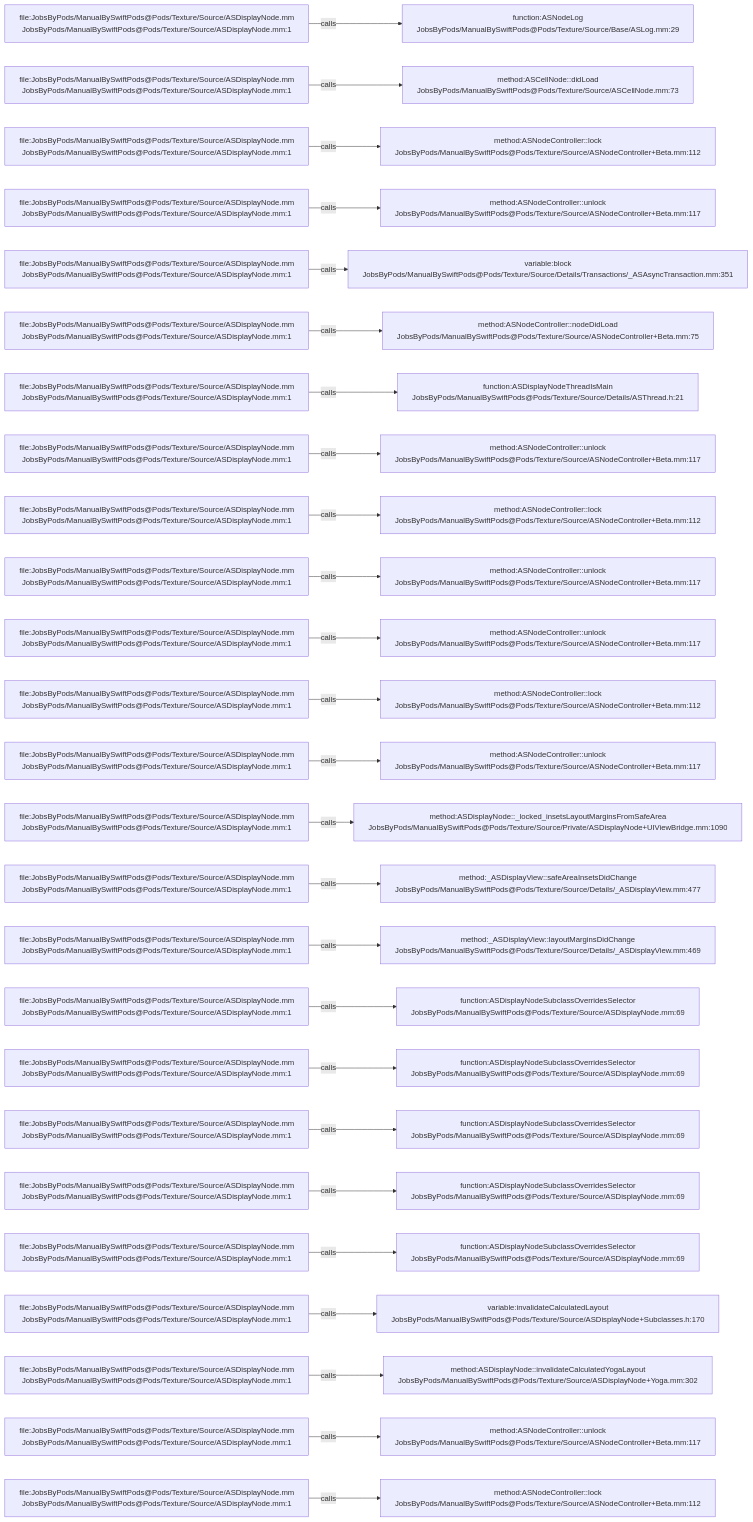
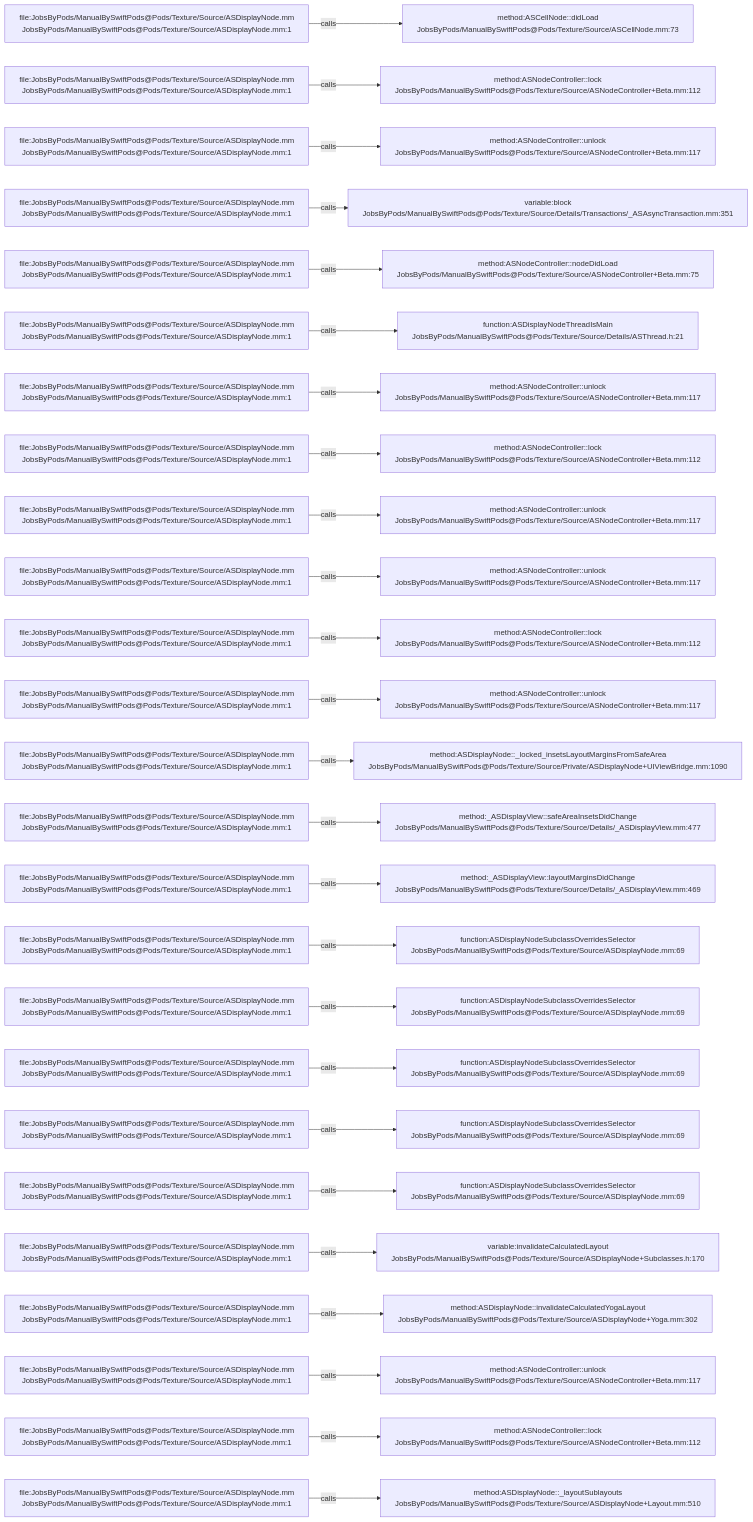
Before and after one commit to JobsKits/JobsSwiftBaseConfigDemo: the diagram in .codegraph/codegraph.md/graphs/calls-028.md, drawn with Mermaid. The commit also changed 747 other files, not shown here.

````diff
--- a/.codegraph/codegraph.md/graphs/calls-028.md
+++ b/.codegraph/codegraph.md/graphs/calls-028.md
@@ -13,78 +13,78 @@
 ```mermaid
 flowchart LR
   S1["file:JobsByPods/ManualBySwiftPods@Pods/Texture/Source/ASDisplayNode.mm<br/>JobsByPods/ManualBySwiftPods@Pods/Texture/Source/ASDisplayNode.mm:1"]
-  T1["function:ASNodeLog<br/>JobsByPods/ManualBySwiftPods@Pods/Texture/Source/Base/ASLog.mm:29"]
+  T1["method:ASCellNode::didLoad<br/>JobsByPods/ManualBySwiftPods@Pods/Texture/Source/ASCellNode.mm:73"]
   S1 -->|calls| T1
   S2["file:JobsByPods/ManualBySwiftPods@Pods/Texture/Source/ASDisplayNode.mm<br/>JobsByPods/ManualBySwiftPods@Pods/Texture/Source/ASDisplayNode.mm:1"]
-  T2["method:ASCellNode::didLoad<br/>JobsByPods/ManualBySwiftPods@Pods/Texture/Source/ASCellNode.mm:73"]
+  T2["method:ASNodeController::lock<br/>JobsByPods/ManualBySwiftPods@Pods/Texture/Source/ASNodeController+Beta.mm:112"]
   S2 -->|calls| T2
   S3["file:JobsByPods/ManualBySwiftPods@Pods/Texture/Source/ASDisplayNode.mm<br/>JobsByPods/ManualBySwiftPods@Pods/Texture/Source/ASDisplayNode.mm:1"]
-  T3["method:ASNodeController::lock<br/>JobsByPods/ManualBySwiftPods@Pods/Texture/Source/ASNodeController+Beta.mm:112"]
+  T3["method:ASNodeController::unlock<br/>JobsByPods/ManualBySwiftPods@Pods/Texture/Source/ASNodeController+Beta.mm:117"]
   S3 -->|calls| T3
   S4["file:JobsByPods/ManualBySwiftPods@Pods/Texture/Source/ASDisplayNode.mm<br/>JobsByPods/ManualBySwiftPods@Pods/Texture/Source/ASDisplayNode.mm:1"]
-  T4["method:ASNodeController::unlock<br/>JobsByPods/ManualBySwiftPods@Pods/Texture/Source/ASNodeController+Beta.mm:117"]
+  T4["variable:block<br/>JobsByPods/ManualBySwiftPods@Pods/Texture/Source/Details/Transactions/_ASAsyncTransaction.mm:351"]
   S4 -->|calls| T4
   S5["file:JobsByPods/ManualBySwiftPods@Pods/Texture/Source/ASDisplayNode.mm<br/>JobsByPods/ManualBySwiftPods@Pods/Texture/Source/ASDisplayNode.mm:1"]
-  T5["variable:block<br/>JobsByPods/ManualBySwiftPods@Pods/Texture/Source/Details/Transactions/_ASAsyncTransaction.mm:351"]
+  T5["method:ASNodeController::nodeDidLoad<br/>JobsByPods/ManualBySwiftPods@Pods/Texture/Source/ASNodeController+Beta.mm:75"]
   S5 -->|calls| T5
   S6["file:JobsByPods/ManualBySwiftPods@Pods/Texture/Source/ASDisplayNode.mm<br/>JobsByPods/ManualBySwiftPods@Pods/Texture/Source/ASDisplayNode.mm:1"]
-  T6["method:ASNodeController::nodeDidLoad<br/>JobsByPods/ManualBySwiftPods@Pods/Texture/Source/ASNodeController+Beta.mm:75"]
+  T6["function:ASDisplayNodeThreadIsMain<br/>JobsByPods/ManualBySwiftPods@Pods/Texture/Source/Details/ASThread.h:21"]
   S6 -->|calls| T6
   S7["file:JobsByPods/ManualBySwiftPods@Pods/Texture/Source/ASDisplayNode.mm<br/>JobsByPods/ManualBySwiftPods@Pods/Texture/Source/ASDisplayNode.mm:1"]
-  T7["function:ASDisplayNodeThreadIsMain<br/>JobsByPods/ManualBySwiftPods@Pods/Texture/Source/Details/ASThread.h:21"]
+  T7["method:ASNodeController::unlock<br/>JobsByPods/ManualBySwiftPods@Pods/Texture/Source/ASNodeController+Beta.mm:117"]
   S7 -->|calls| T7
   S8["file:JobsByPods/ManualBySwiftPods@Pods/Texture/Source/ASDisplayNode.mm<br/>JobsByPods/ManualBySwiftPods@Pods/Texture/Source/ASDisplayNode.mm:1"]
-  T8["method:ASNodeController::unlock<br/>JobsByPods/ManualBySwiftPods@Pods/Texture/Source/ASNodeController+Beta.mm:117"]
+  T8["method:ASNodeController::lock<br/>JobsByPods/ManualBySwiftPods@Pods/Texture/Source/ASNodeController+Beta.mm:112"]
   S8 -->|calls| T8
   S9["file:JobsByPods/ManualBySwiftPods@Pods/Texture/Source/ASDisplayNode.mm<br/>JobsByPods/ManualBySwiftPods@Pods/Texture/Source/ASDisplayNode.mm:1"]
-  T9["method:ASNodeController::lock<br/>JobsByPods/ManualBySwiftPods@Pods/Texture/Source/ASNodeController+Beta.mm:112"]
+  T9["method:ASNodeController::unlock<br/>JobsByPods/ManualBySwiftPods@Pods/Texture/Source/ASNodeController+Beta.mm:117"]
   S9 -->|calls| T9
   S10["file:JobsByPods/ManualBySwiftPods@Pods/Texture/Source/ASDisplayNode.mm<br/>JobsByPods/ManualBySwiftPods@Pods/Texture/Source/ASDisplayNode.mm:1"]
   T10["method:ASNodeController::unlock<br/>JobsByPods/ManualBySwiftPods@Pods/Texture/Source/ASNodeController+Beta.mm:117"]
   S10 -->|calls| T10
   S11["file:JobsByPods/ManualBySwiftPods@Pods/Texture/Source/ASDisplayNode.mm<br/>JobsByPods/ManualBySwiftPods@Pods/Texture/Source/ASDisplayNode.mm:1"]
-  T11["method:ASNodeController::unlock<br/>JobsByPods/ManualBySwiftPods@Pods/Texture/Source/ASNodeController+Beta.mm:117"]
+  T11["method:ASNodeController::lock<br/>JobsByPods/ManualBySwiftPods@Pods/Texture/Source/ASNodeController+Beta.mm:112"]
   S11 -->|calls| T11
   S12["file:JobsByPods/ManualBySwiftPods@Pods/Texture/Source/ASDisplayNode.mm<br/>JobsByPods/ManualBySwiftPods@Pods/Texture/Source/ASDisplayNode.mm:1"]
-  T12["method:ASNodeController::lock<br/>JobsByPods/ManualBySwiftPods@Pods/Texture/Source/ASNodeController+Beta.mm:112"]
+  T12["method:ASNodeController::unlock<br/>JobsByPods/ManualBySwiftPods@Pods/Texture/Source/ASNodeController+Beta.mm:117"]
   S12 -->|calls| T12
   S13["file:JobsByPods/ManualBySwiftPods@Pods/Texture/Source/ASDisplayNode.mm<br/>JobsByPods/ManualBySwiftPods@Pods/Texture/Source/ASDisplayNode.mm:1"]
-  T13["method:ASNodeController::unlock<br/>JobsByPods/ManualBySwiftPods@Pods/Texture/Source/ASNodeController+Beta.mm:117"]
+  T13["method:ASDisplayNode::_locked_insetsLayoutMarginsFromSafeArea<br/>JobsByPods/ManualBySwiftPods@Pods/Texture/Source/Private/ASDisplayNode+UIViewBridge.mm:1090"]
   S13 -->|calls| T13
   S14["file:JobsByPods/ManualBySwiftPods@Pods/Texture/Source/ASDisplayNode.mm<br/>JobsByPods/ManualBySwiftPods@Pods/Texture/Source/ASDisplayNode.mm:1"]
-  T14["method:ASDisplayNode::_locked_insetsLayoutMarginsFromSafeArea<br/>JobsByPods/ManualBySwiftPods@Pods/Texture/Source/Private/ASDisplayNode+UIViewBridge.mm:1090"]
+  T14["method:_ASDisplayView::safeAreaInsetsDidChange<br/>JobsByPods/ManualBySwiftPods@Pods/Texture/Source/Details/_ASDisplayView.mm:477"]
   S14 -->|calls| T14
   S15["file:JobsByPods/ManualBySwiftPods@Pods/Texture/Source/ASDisplayNode.mm<br/>JobsByPods/ManualBySwiftPods@Pods/Texture/Source/ASDisplayNode.mm:1"]
-  T15["method:_ASDisplayView::safeAreaInsetsDidChange<br/>JobsByPods/ManualBySwiftPods@Pods/Texture/Source/Details/_ASDisplayView.mm:477"]
+  T15["method:_ASDisplayView::layoutMarginsDidChange<br/>JobsByPods/ManualBySwiftPods@Pods/Texture/Source/Details/_ASDisplayView.mm:469"]
   S15 -->|calls| T15
   S16["file:JobsByPods/ManualBySwiftPods@Pods/Texture/Source/ASDisplayNode.mm<br/>JobsByPods/ManualBySwiftPods@Pods/Texture/Source/ASDisplayNode.mm:1"]
-  T16["method:_ASDisplayView::layoutMarginsDidChange<br/>JobsByPods/ManualBySwiftPods@Pods/Texture/Source/Details/_ASDisplayView.mm:469"]
+  T16["function:ASDisplayNodeSubclassOverridesSelector<br/>JobsByPods/ManualBySwiftPods@Pods/Texture/Source/ASDisplayNode.mm:69"]
   S16 -->|calls| T16
   S17["file:JobsByPods/ManualBySwiftPods@Pods/Texture/Source/ASDisplayNode.mm<br/>JobsByPods/ManualBySwiftPods@Pods/Texture/Source/ASDisplayNode.mm:1"]
   T17["function:ASDisplayNodeSubclassOverridesSelector<br/>JobsByPods/ManualBySwiftPods@Pods/Texture/Source/ASDisplayNode.mm:69"]
   S17 -->|calls| T17
   S18["file:JobsByPods/ManualBySwiftPods@Pods/Texture/Source/ASDisplayNode.mm<br/>JobsByPods/ManualBySwiftPods@Pods/Texture/Source/ASDisplayNode.mm:1"]
   T18["function:ASDisplayNodeSubclassOverridesSelector<br/>JobsByPods/ManualBySwiftPods@Pods/Texture/Source/ASDisplayNode.mm:69"]
   S18 -->|calls| T18
   S19["file:JobsByPods/ManualBySwiftPods@Pods/Texture/Source/ASDisplayNode.mm<br/>JobsByPods/ManualBySwiftPods@Pods/Texture/Source/ASDisplayNode.mm:1"]
   T19["function:ASDisplayNodeSubclassOverridesSelector<br/>JobsByPods/ManualBySwiftPods@Pods/Texture/Source/ASDisplayNode.mm:69"]
   S19 -->|calls| T19
   S20["file:JobsByPods/ManualBySwiftPods@Pods/Texture/Source/ASDisplayNode.mm<br/>JobsByPods/ManualBySwiftPods@Pods/Texture/Source/ASDisplayNode.mm:1"]
   T20["function:ASDisplayNodeSubclassOverridesSelector<br/>JobsByPods/ManualBySwiftPods@Pods/Texture/Source/ASDisplayNode.mm:69"]
   S20 -->|calls| T20
   S21["file:JobsByPods/ManualBySwiftPods@Pods/Texture/Source/ASDisplayNode.mm<br/>JobsByPods/ManualBySwiftPods@Pods/Texture/Source/ASDisplayNode.mm:1"]
-  T21["function:ASDisplayNodeSubclassOverridesSelector<br/>JobsByPods/ManualBySwiftPods@Pods/Texture/Source/ASDisplayNode.mm:69"]
+  T21["variable:invalidateCalculatedLayout<br/>JobsByPods/ManualBySwiftPods@Pods/Texture/Source/ASDisplayNode+Subclasses.h:170"]
   S21 -->|calls| T21
   S22["file:JobsByPods/ManualBySwiftPods@Pods/Texture/Source/ASDisplayNode.mm<br/>JobsByPods/ManualBySwiftPods@Pods/Texture/Source/ASDisplayNode.mm:1"]
-  T22["variable:invalidateCalculatedLayout<br/>JobsByPods/ManualBySwiftPods@Pods/Texture/Source/ASDisplayNode+Subclasses.h:170"]
+  T22["method:ASDisplayNode::invalidateCalculatedYogaLayout<br/>JobsByPods/ManualBySwiftPods@Pods/Texture/Source/ASDisplayNode+Yoga.mm:302"]
   S22 -->|calls| T22
   S23["file:JobsByPods/ManualBySwiftPods@Pods/Texture/Source/ASDisplayNode.mm<br/>JobsByPods/ManualBySwiftPods@Pods/Texture/Source/ASDisplayNode.mm:1"]
-  T23["method:ASDisplayNode::invalidateCalculatedYogaLayout<br/>JobsByPods/ManualBySwiftPods@Pods/Texture/Source/ASDisplayNode+Yoga.mm:302"]
+  T23["method:ASNodeController::unlock<br/>JobsByPods/ManualBySwiftPods@Pods/Texture/Source/ASNodeController+Beta.mm:117"]
   S23 -->|calls| T23
   S24["file:JobsByPods/ManualBySwiftPods@Pods/Texture/Source/ASDisplayNode.mm<br/>JobsByPods/ManualBySwiftPods@Pods/Texture/Source/ASDisplayNode.mm:1"]
-  T24["method:ASNodeController::unlock<br/>JobsByPods/ManualBySwiftPods@Pods/Texture/Source/ASNodeController+Beta.mm:117"]
+  T24["method:ASNodeController::lock<br/>JobsByPods/ManualBySwiftPods@Pods/Texture/Source/ASNodeController+Beta.mm:112"]
   S24 -->|calls| T24
   S25["file:JobsByPods/ManualBySwiftPods@Pods/Texture/Source/ASDisplayNode.mm<br/>JobsByPods/ManualBySwiftPods@Pods/Texture/Source/ASDisplayNode.mm:1"]
-  T25["method:ASNodeController::lock<br/>JobsByPods/ManualBySwiftPods@Pods/Texture/Source/ASNodeController+Beta.mm:112"]
+  T25["method:ASDisplayNode::_layoutSublayouts<br/>JobsByPods/ManualBySwiftPods@Pods/Texture/Source/ASDisplayNode+Layout.mm:510"]
   S25 -->|calls| T25
 ```
````
